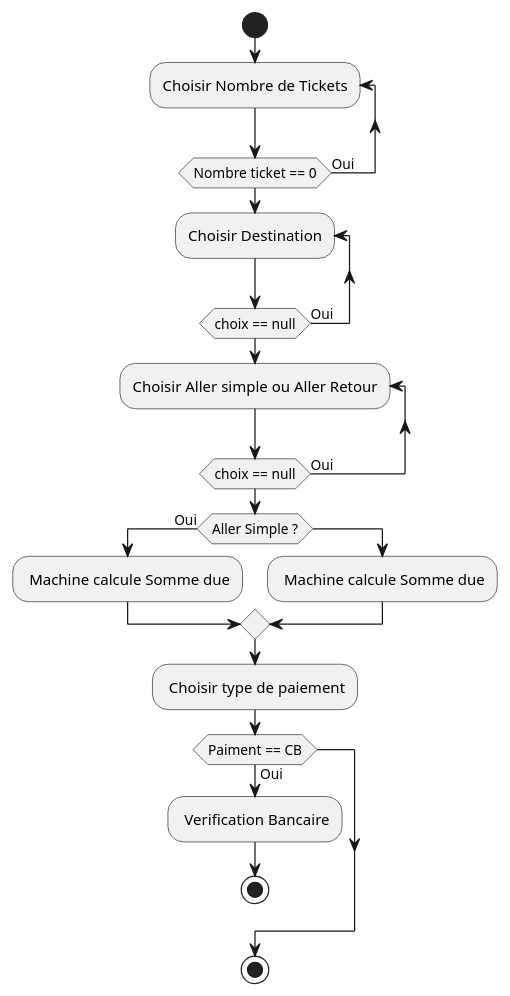
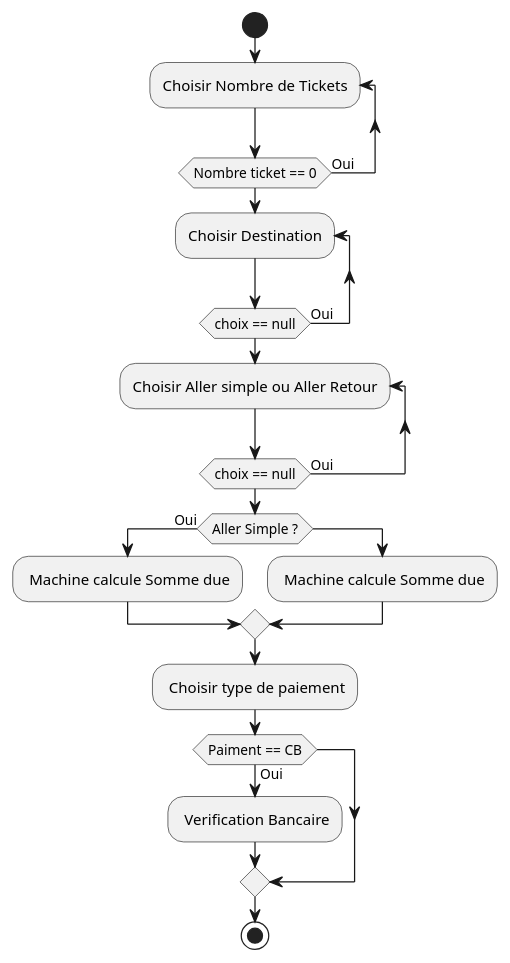
One commit to 3nz0k/Uml-learning changed the first of 2 diagrams in README.md. Above: the diagram before and after it, drawn with PlantUML.

Commit message:
Remove unnecessary stop statements from README

````diff
--- a/README.md
+++ b/README.md
@@ -2,22 +2,21 @@
 ```plantuml
 @startuml
 start
 repeat :Choisir Nombre de Tickets;
 repeat while (Nombre ticket == 0) is (Oui)
 repeat :Choisir Destination;
 repeat while (choix == null) is (Oui)
 repeat :Choisir Aller simple ou Aller Retour;
 repeat while (choix == null) is (Oui)
 if (Aller Simple ?) is (Oui) then
 - Machine calcule Somme due
 else
 - Machine calcule Somme due
 endif
 - Choisir type de paiement
 if (Paiment == CB) is (Oui) then
 - Verification Bancaire
-stop
 endif
 stop
 @enduml
 ```
````
